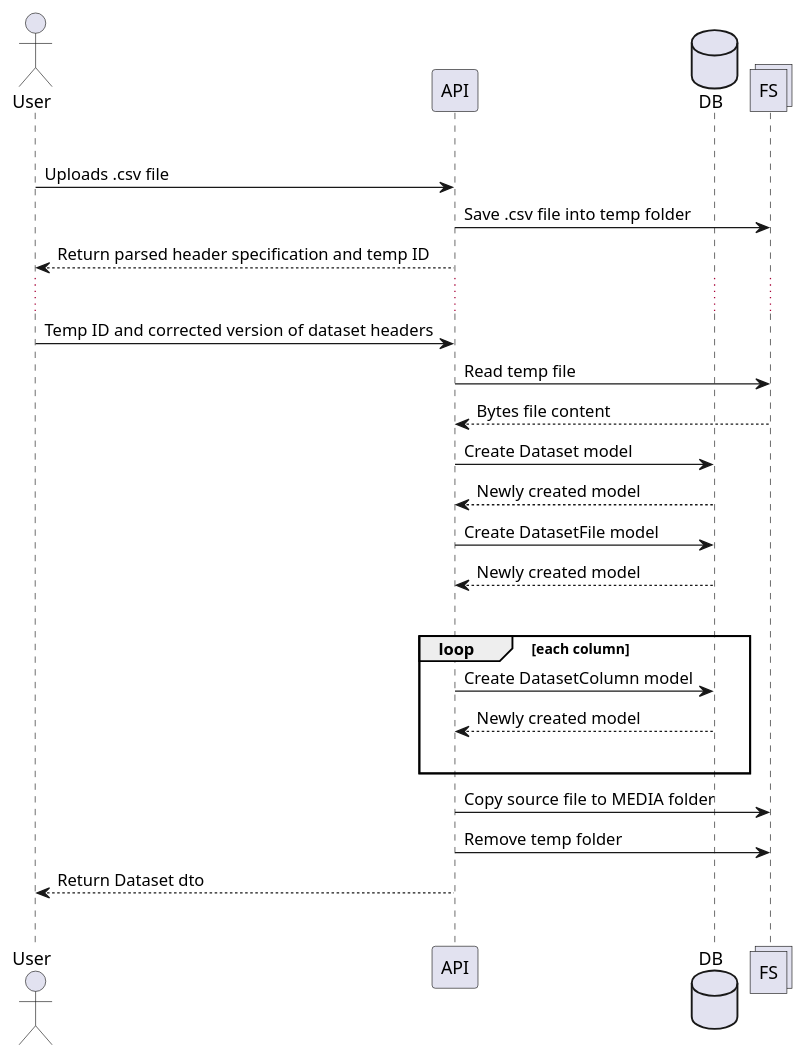
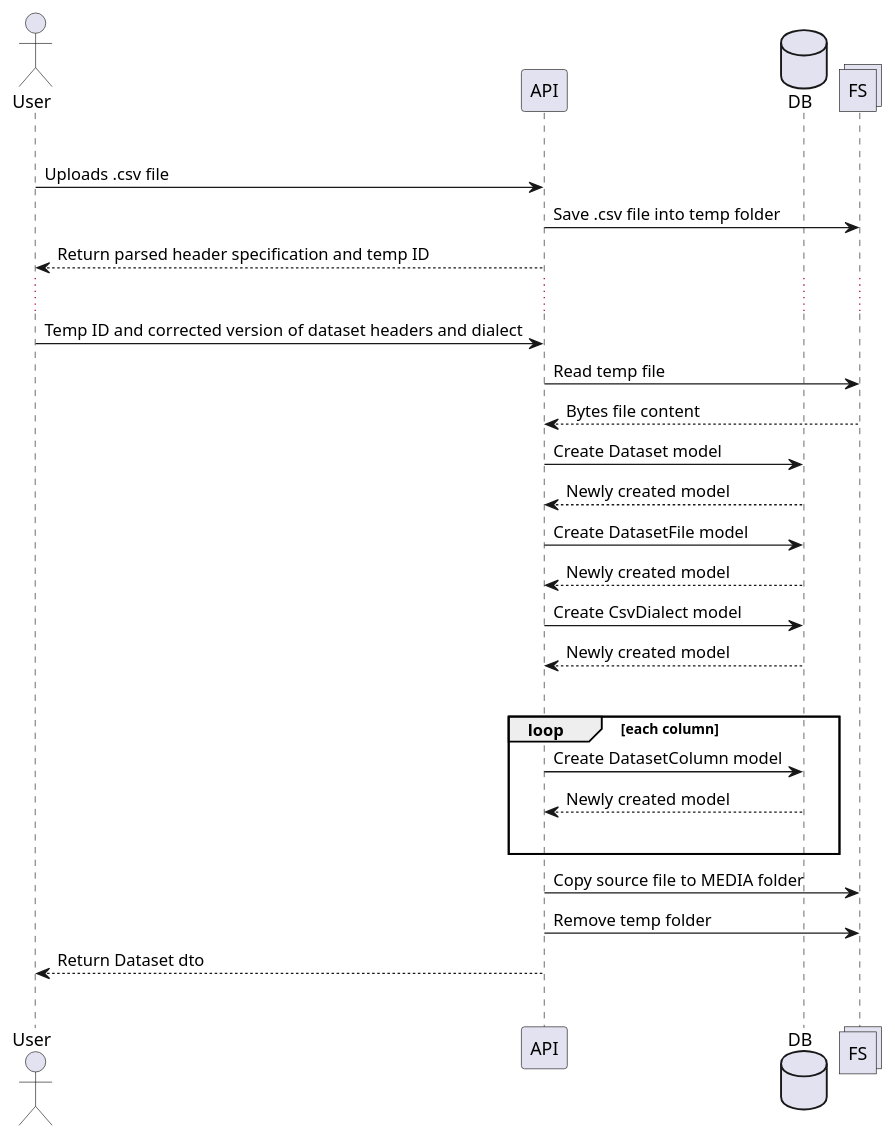
The diagram in docs/flow.puml (igorvoltaic/edat), drawn with PlantUML before and after one commit.

Commit message:
fixed uml diagramm

```diff
--- a/docs/flow.puml
+++ b/docs/flow.puml
@@ -1,28 +1,30 @@
 @startuml
 actor User
 participant API
 database DB
 collections FS
 |||
 User -> API: Uploads .csv file
 API -> FS: Save .csv file into temp folder
 API --> User: Return parsed header specification and temp ID
 ...
-User -> API: Temp ID and corrected version of dataset headers
+User -> API: Temp ID and corrected version of dataset headers and dialect
 API -> FS: Read temp file
 FS --> API: Bytes file content
 API -> DB: Create Dataset model
 DB --> API: Newly created model
 API -> DB: Create DatasetFile model
+DB --> API: Newly created model
+API -> DB: Create CsvDialect model
 DB --> API: Newly created model
 |||
 loop each column
     API -> DB: Create DatasetColumn model
     DB --> API: Newly created model
     |||
 end
 API -> FS: Copy source file to MEDIA folder
 API -> FS: Remove temp folder
 API --> User: Return Dataset dto
 |||
 @enduml
```
